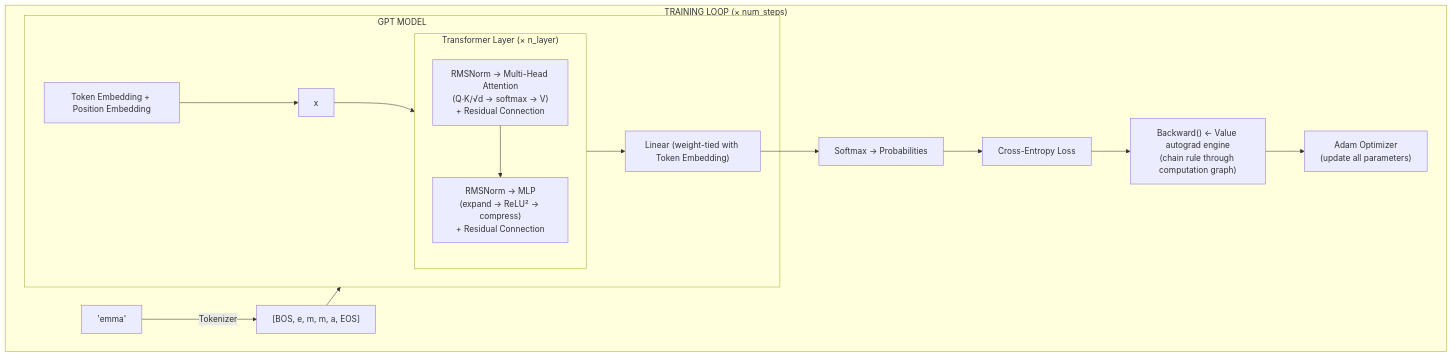
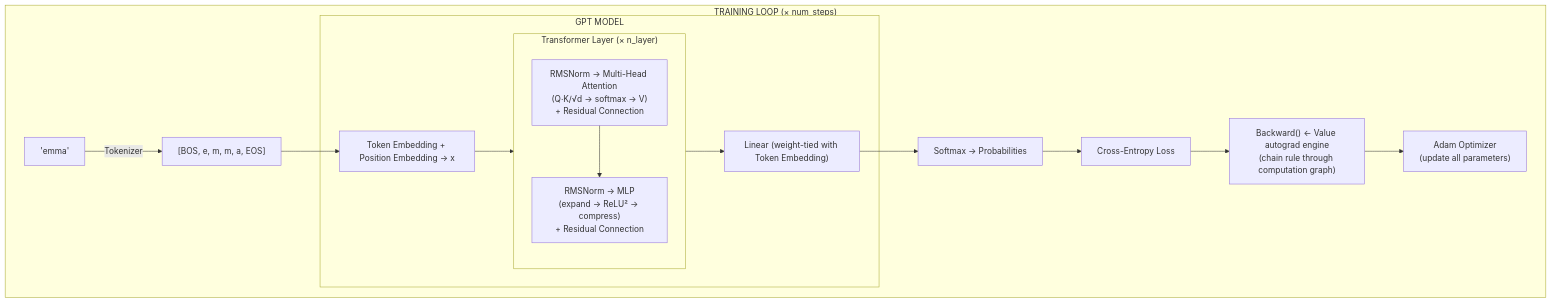
One commit to aidevnn/AutoGrad-Engine changed the diagram in README.md. Above: the diagram before and after it, drawn with Mermaid.

Commit message:
Fix architecture diagram: explicit edges, remove redundant node

````diff
--- a/README.md
+++ b/README.md
@@ -33,25 +33,25 @@
 ```mermaid
 flowchart TD
     subgraph LOOP["TRAINING LOOP (× num_steps)"]
         A["'emma'"] -->|Tokenizer| B["[BOS, e, m, m, a, EOS]"]
 
         subgraph GPT["GPT MODEL"]
-            C["Token Embedding + Position Embedding"] --> D["x"]
+            C["Token Embedding + Position Embedding → x"]
 
             subgraph TF["Transformer Layer (× n_layer)"]
                 E["RMSNorm → Multi-Head Attention\n(Q·K/√d → softmax → V)\n+ Residual Connection"]
                 F["RMSNorm → MLP\n(expand → ReLU² → compress)\n+ Residual Connection"]
                 E --> F
             end
 
-            D --> TF
+            C --> TF
             TF --> G["Linear (weight-tied with Token Embedding)"]
         end
 
-        B --> GPT
+        B --> C
         G --> H["Softmax → Probabilities"]
         H --> I["Cross-Entropy Loss"]
         I --> J["Backward() ← Value autograd engine\n(chain rule through computation graph)"]
         J --> K["Adam Optimizer\n(update all parameters)"]
     end
 ```
````
